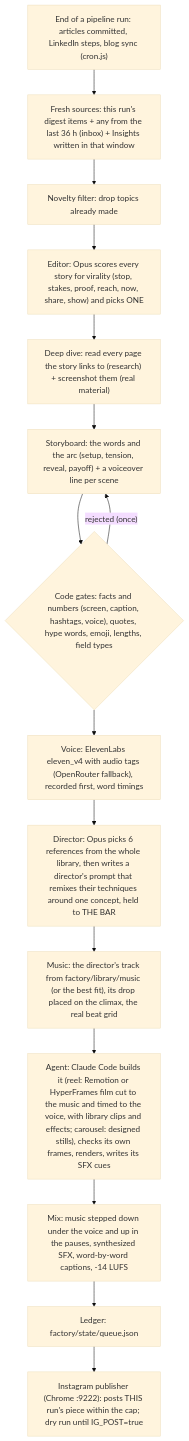
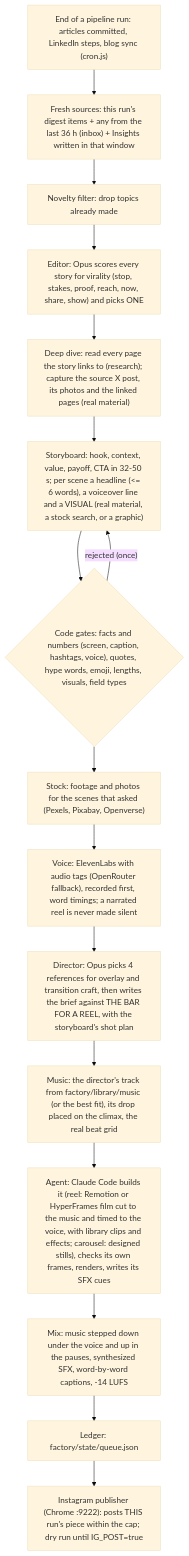
The diagram in docs/CONTENT_FACTORY.md (Drix10/ai-resources-pipeline), drawn with Mermaid (base theme) before and after one commit. The commit also changed other lines of this file and 16 other files, not shown here.

````diff
--- a/docs/CONTENT_FACTORY.md
+++ b/docs/CONTENT_FACTORY.md
@@ -7,17 +7,18 @@
 ```mermaid
 flowchart TD
     A["End of a pipeline run: articles committed, LinkedIn steps, blog sync (cron.js)"] --> B["Fresh sources: this run's digest items + any from the last 36 h (inbox) + Insights written in that window"]
     B --> C["Novelty filter: drop topics already made"]
     C --> P["Editor: Opus scores every story for virality (stop, stakes, proof, reach, now, share, show) and picks ONE"]
-    P --> R["Deep dive: read every page the story links to (research) + screenshot them (real material)"]
-    R --> D["Storyboard: the words and the arc (setup, tension, reveal, payoff) + a voiceover line per scene"]
-    D --> E{"Code gates: facts and numbers (screen, caption, hashtags, voice), quotes, hype words, emoji, lengths, field types"}
+    P --> R["Deep dive: read every page the story links to (research); capture the source X post, its photos and the linked pages (real material)"]
+    R --> D["Storyboard: hook, context, value, payoff, CTA in 32-50 s; per scene a headline (<= 6 words), a voiceover line and a VISUAL (real material, a stock search, or a graphic)"]
+    D --> E{"Code gates: facts and numbers (screen, caption, hashtags, voice), quotes, hype words, emoji, lengths, visuals, field types"}
     E -- "rejected (once)" --> D
-    E --> V["Voice: ElevenLabs eleven_v4 with audio tags (OpenRouter fallback), recorded first, word timings"]
-    V --> S["Director: Opus picks 6 references from the whole library, then writes a director's prompt that remixes their techniques around one concept, held to THE BAR"]
+    E --> T["Stock: footage and photos for the scenes that asked (Pexels, Pixabay, Openverse)"]
+    T --> V["Voice: ElevenLabs with audio tags (OpenRouter fallback), recorded first, word timings; a narrated reel is never made silent"]
+    V --> S["Director: Opus picks 4 references for overlay and transition craft, then writes the brief against THE BAR FOR A REEL, with the storyboard's shot plan"]
     S --> U["Music: the director's track from factory/library/music (or the best fit), its drop placed on the climax, the real beat grid"]
     U --> H["Agent: Claude Code builds it (reel: Remotion or HyperFrames film cut to the music and timed to the voice, with library clips and effects; carousel: designed stills), checks its own frames, renders, writes its SFX cues"]
     H --> M["Mix: music stepped down under the voice and up in the pauses, synthesized SFX, word-by-word captions, -14 LUFS"]
     M --> K["Ledger: factory/state/queue.json"]
     K --> L["Instagram publisher (Chrome :9222): posts THIS run's piece within the cap; dry run until IG_POST=true"]
 ```
````
